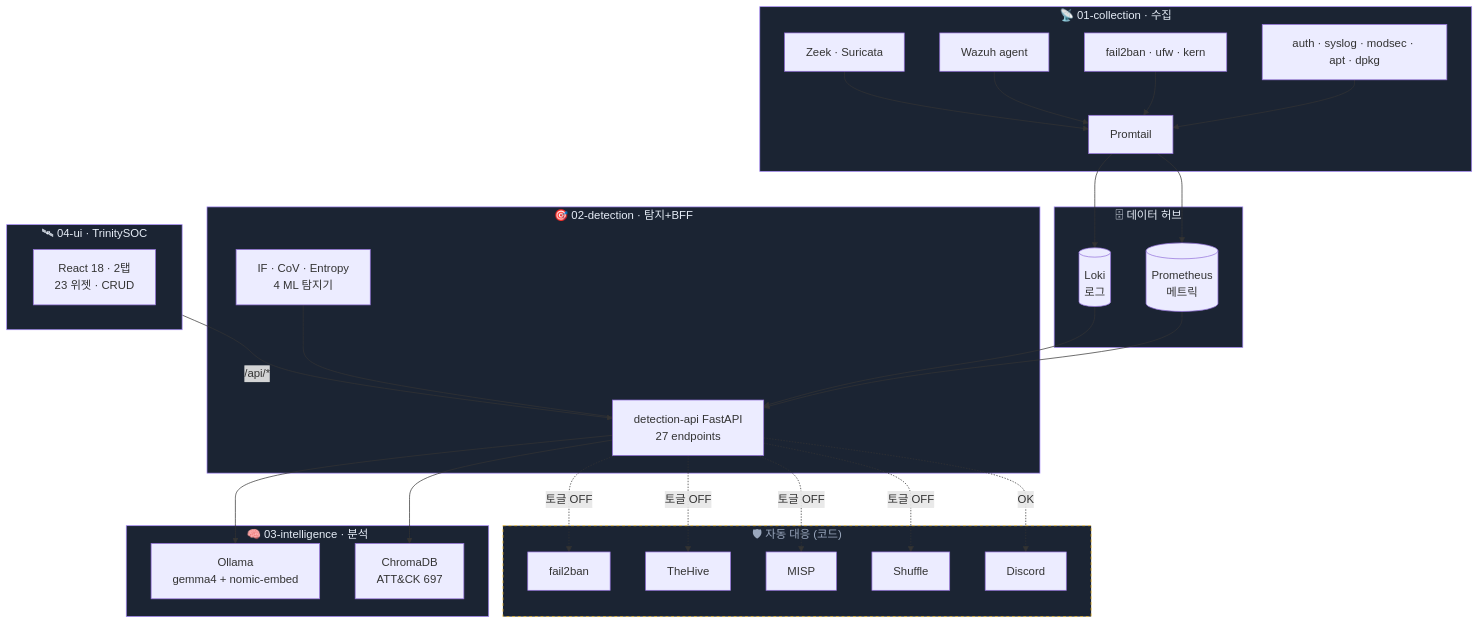
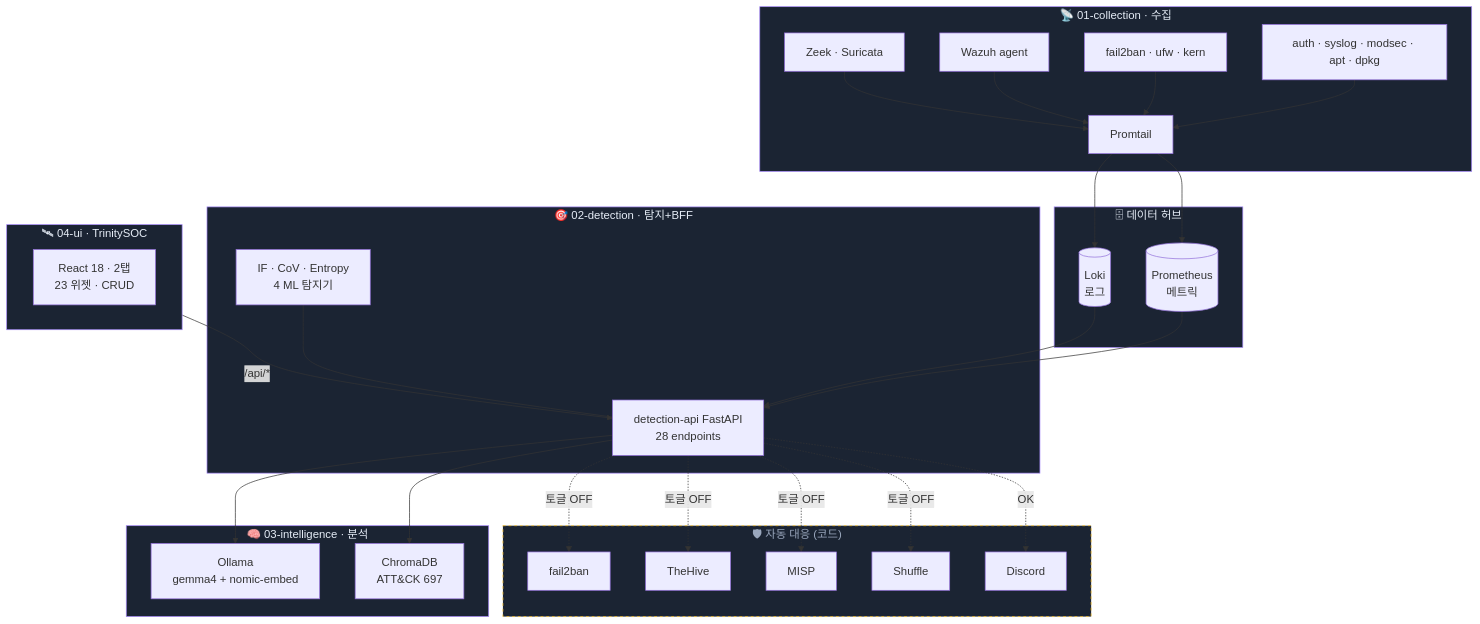
One commit to adorahelen/siem-trinity-public changed the first of 4 diagrams in README.md. Above: the diagram before and after it, drawn with Mermaid. The commit also changed other lines of this file and 1 other file, not shown here.

First line of the commit message:
docs: API 개수 27→28 정정 + 데이터 보관 정책 절 신설

````diff
--- a/README.md
+++ b/README.md
@@ -131,63 +132,63 @@
 ```mermaid
 flowchart TB
     subgraph CL["📡 01-collection · 수집"]
         Z[Zeek · Suricata]
         WZ[Wazuh agent]
         FB1[fail2ban · ufw · kern]
         SY[auth · syslog · modsec · apt · dpkg]
         PT[Promtail]
     end
 
     subgraph HUB["🗄 데이터 허브"]
         LK[(Loki<br/>로그)]
         PR[(Prometheus<br/>메트릭)]
     end
 
     subgraph DET["🎯 02-detection · 탐지+BFF"]
         ML["IF · CoV · Entropy<br/>4 ML 탐지기"]
-        API["detection-api FastAPI<br/>27 endpoints"]
+        API["detection-api FastAPI<br/>28 endpoints"]
         ML --- API
     end
 
     subgraph INT["🧠 03-intelligence · 분석"]
         OL["Ollama<br/>gemma4 + nomic-embed"]
         CH["ChromaDB<br/>ATT&CK 697"]
     end
 
     subgraph RES["🛡 자동 대응 (코드)"]
         F2B[fail2ban]
         TH[TheHive]
         MI[MISP]
         SHF[Shuffle]
         DS[Discord]
     end
 
     subgraph UI["🛰 04-ui · TrinitySOC"]
         DASH["React 18 · 2탭<br/>23 위젯 · CRUD"]
     end
 
     Z --> PT
     WZ --> PT
     FB1 --> PT
     SY --> PT
     PT --> LK
     PT --> PR
 
     LK --> API
     PR --> API
     API --> OL
     API --> CH
 
     API -.토글 OFF.-> F2B
     API -.토글 OFF.-> TH
     API -.토글 OFF.-> MI
     API -.토글 OFF.-> SHF
     API -.OK.-> DS
 
     UI -->|/api/*| API
 
     classDef live fill:#1b2433,stroke:#a78bfa,color:#e6edf7
     classDef off fill:#1b2433,stroke:#fbbf24,color:#9aa7bd,stroke-dasharray:4
     class UI,DET,INT,HUB,CL live
     class RES off
 ```
````
